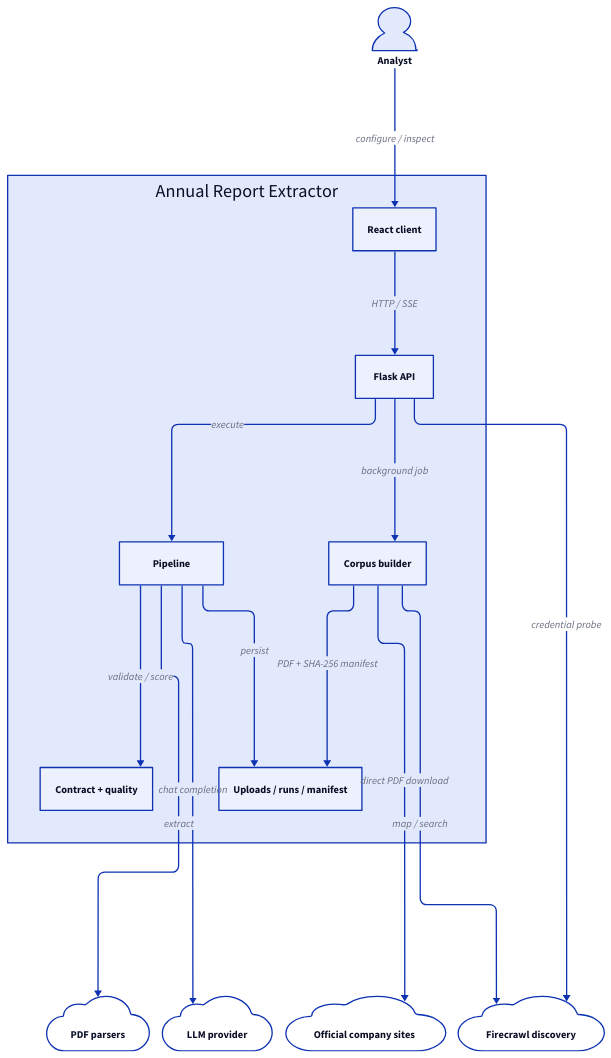
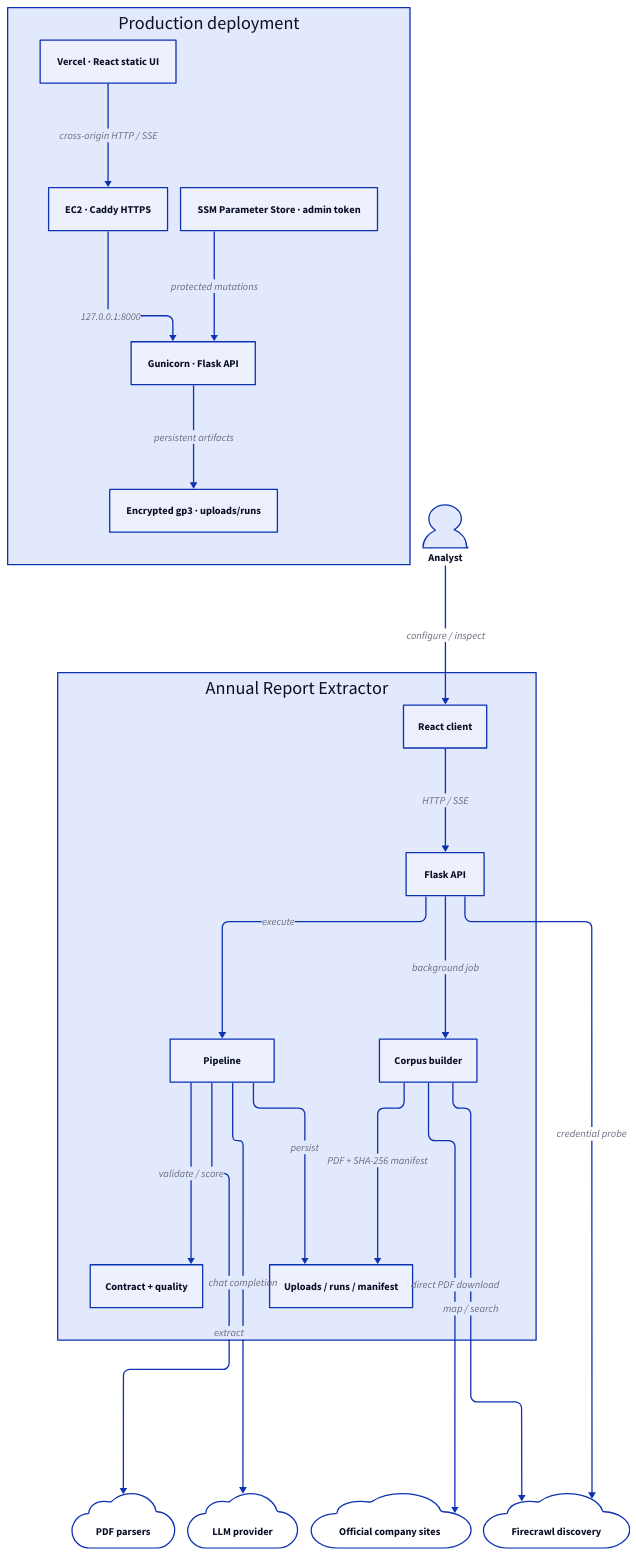
Before and after one commit to MohamedFuad16/ledger-financial-report-system: the diagram in agent/graph/architecture.d2, drawn with D2. The commit also changed 10 other files, not shown here.

Commit message:
Document and harden the production deployment

```diff
--- a/agent/graph/architecture.d2
+++ b/agent/graph/architecture.d2
@@ -1,38 +1,51 @@
 vars: {
   d2-config: {
     layout-engine: elk
     pad: 40
     center: true
   }
 }
 direction: down
 
 user: "Analyst" {shape: person}
 
 app: "Annual Report Extractor" {
   client: "React client"
   api: "Flask API"
   pipeline: "Pipeline"
   quality: "Contract + quality"
   corpus: "Corpus builder"
   storage: "Uploads / runs / manifest"
 
   client -> api: "HTTP / SSE"
   api -> pipeline: "execute"
   api -> corpus: "background job"
   pipeline -> quality: "validate / score"
   pipeline -> storage: "persist"
   corpus -> storage: "PDF + SHA-256 manifest"
 }
 
 parsers: "PDF parsers" {shape: cloud}
 llm: "LLM provider" {shape: cloud}
 firecrawl: "Firecrawl discovery" {shape: cloud}
 official: "Official company sites" {shape: cloud}
 
 user -> app.client: "configure / inspect"
 app.pipeline -> parsers: "extract"
 app.pipeline -> llm: "chat completion"
 app.corpus -> firecrawl: "map / search"
 app.api -> firecrawl: "credential probe"
 app.corpus -> official: "direct PDF download"
+
+deployment: "Production deployment" {
+  vercel: "Vercel · React static UI"
+  caddy: "EC2 · Caddy HTTPS"
+  gunicorn: "Gunicorn · Flask API"
+  disk: "Encrypted gp3 · uploads/runs"
+  parameter: "SSM Parameter Store · admin token"
+
+  vercel -> caddy: "cross-origin HTTP / SSE"
+  caddy -> gunicorn: "127.0.0.1:8000"
+  gunicorn -> disk: "persistent artifacts"
+  parameter -> gunicorn: "protected mutations"
+}
```
